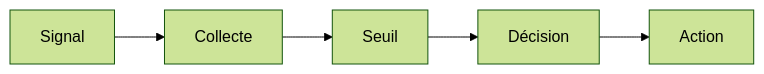
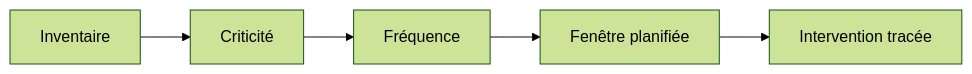
The first of 6 diagrams in content/lessons/maint-maintenance-preventive-intermediaire.md (biggyseven/Skill-Tree), drawn with Mermaid (forest theme) before and after one commit. The commit also changed other lines of this file, not shown here.

````diff
--- a/content/lessons/maint-maintenance-preventive-intermediaire.md
+++ b/content/lessons/maint-maintenance-preventive-intermediaire.md
@@ -47,4 +47,7 @@
 ```mermaid
 flowchart LR
-  A[Signal] --> B[Collecte] --> C[Seuil] --> D[Décision] --> E[Action]
+  A[Inventaire] --> B[Criticité]
+  B --> C[Fréquence]
+  C --> D[Fenêtre planifiée]
+  D --> E[Intervention tracée]
 ```
````
